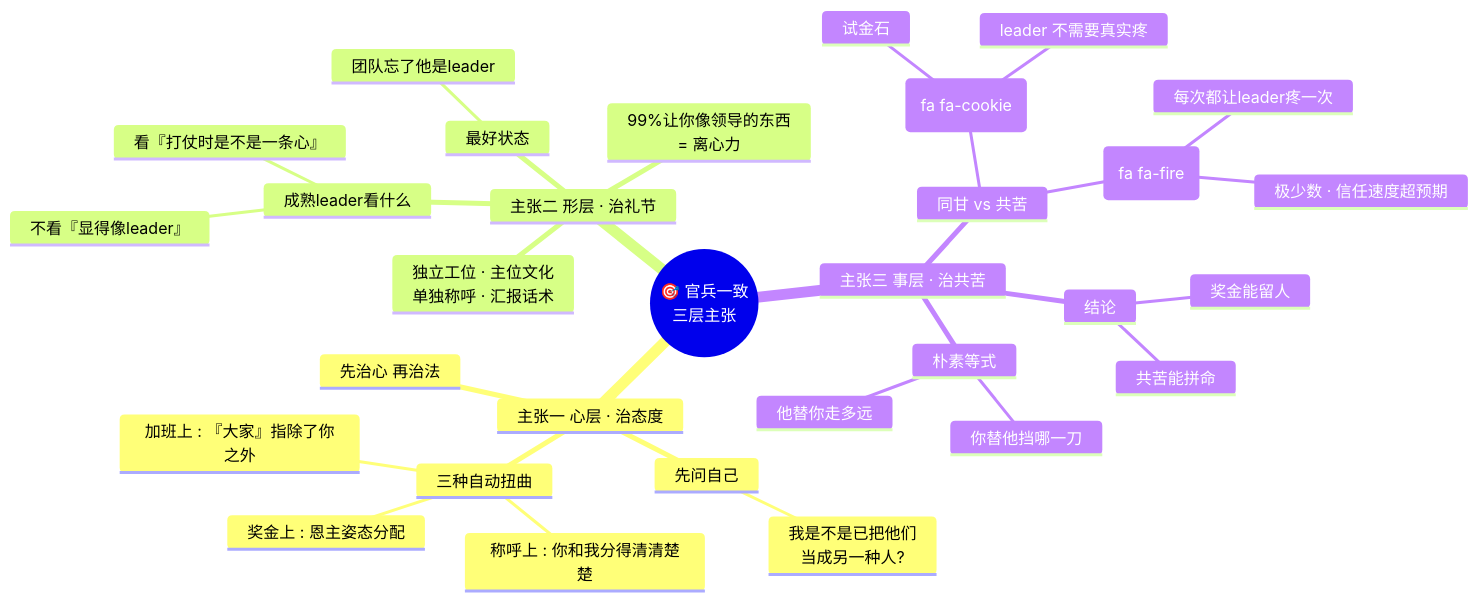
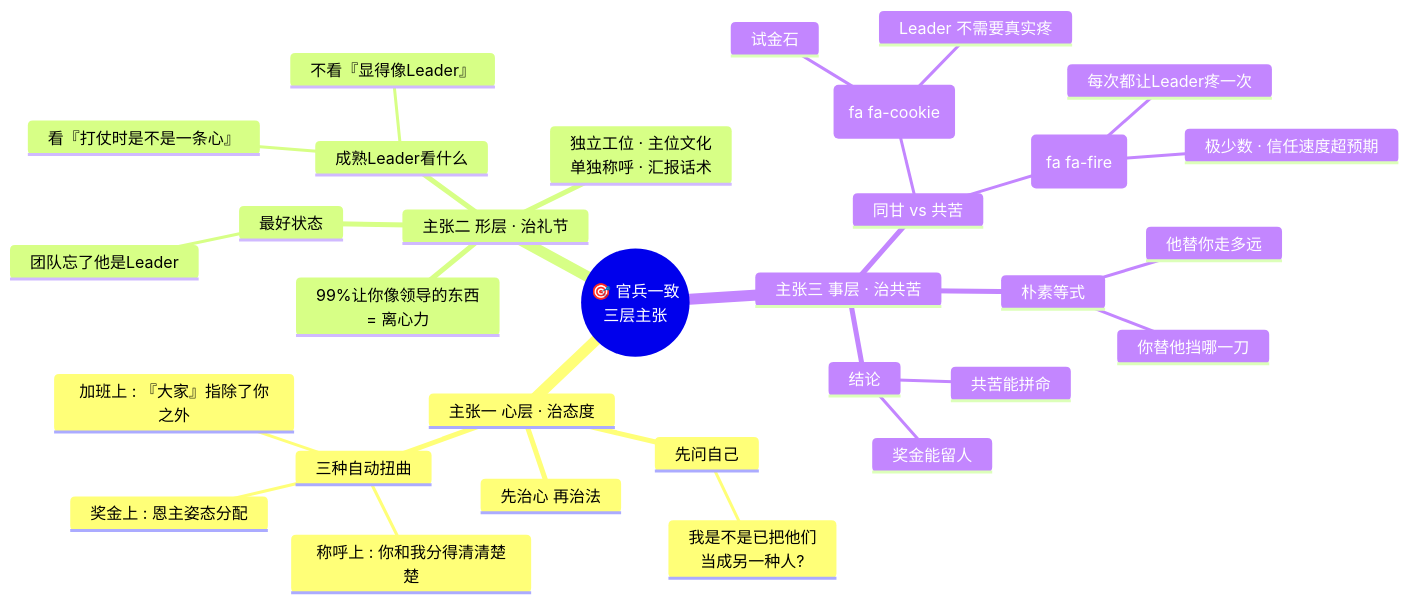
The third of 11 diagrams in packages/website/13.书籍/01.毛选实战心法/41.官兵一致的平等.md (chongyang211/YCBookBlog), drawn with Mermaid before and after one commit. The commit also changed other lines of this file and 10 other files, not shown here.

````diff
--- a/packages/website/13.书籍/01.毛选实战心法/41.官兵一致的平等.md
+++ b/packages/website/13.书籍/01.毛选实战心法/41.官兵一致的平等.md
@@ -94,34 +129,34 @@
 ```mermaid
 mindmap
   root((🎯 官兵一致<br/>三层主张))
     主张一 心层 · 治态度
       先问自己
         我是不是已把他们<br/>当成另一种人?
       三种自动扭曲
         称呼上 : 你和我分得清清楚楚
         加班上 : 『大家』指除了你之外
         奖金上 : 恩主姿态分配
       先治心 再治法
     主张二 形层 · 治礼节
       99%让你像领导的东西<br/>= 离心力
       独立工位 · 主位文化<br/>单独称呼 · 汇报话术
       最好状态
-        团队忘了他是leader
-      成熟leader看什么
-        不看『显得像leader』
+        团队忘了他是Leader
+      成熟Leader看什么
+        不看『显得像Leader』
         看『打仗时是不是一条心』
     主张三 事层 · 治共苦
       朴素等式
         你替他挡哪一刀
         他替你走多远
       同甘 vs 共苦
         同甘::icon(fa fa-cookie)
           试金石
-          leader 不需要真实疼
+          Leader 不需要真实疼
         共苦::icon(fa fa-fire)
-          每次都让leader疼一次
+          每次都让Leader疼一次
           极少数 · 信任速度超预期
       结论
         奖金能留人
         共苦能拼命
 ```
````
